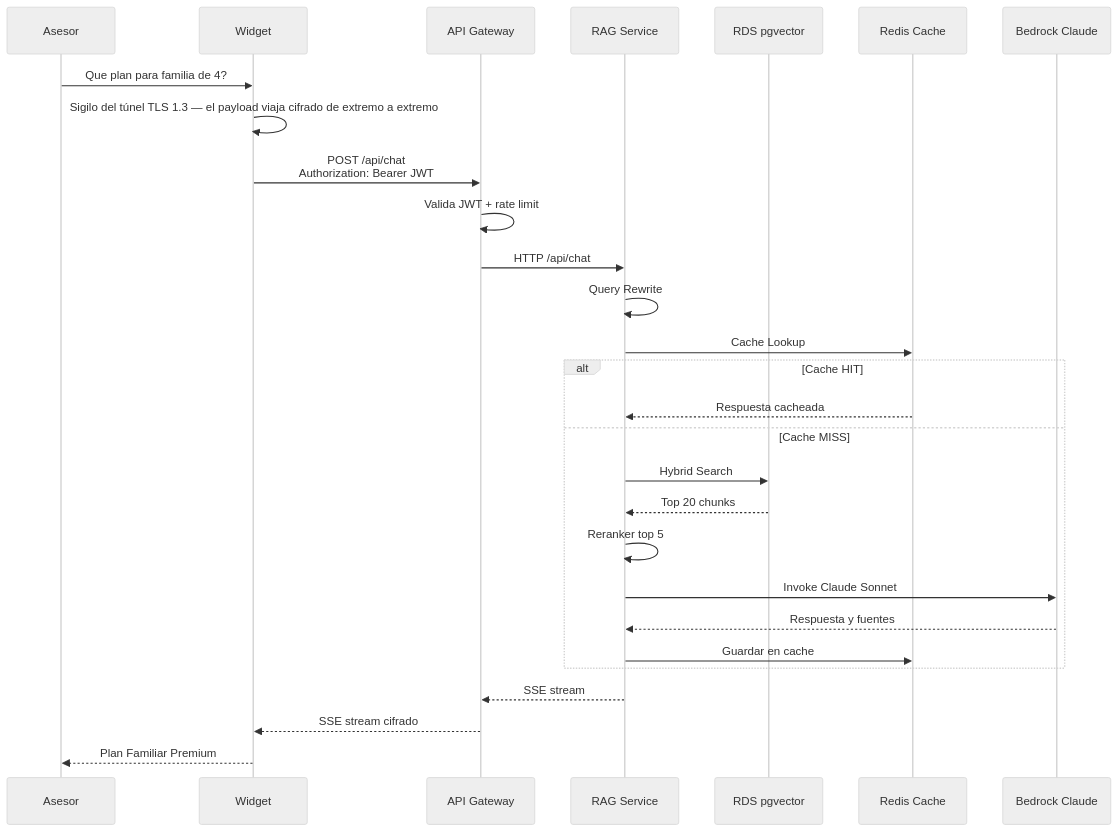
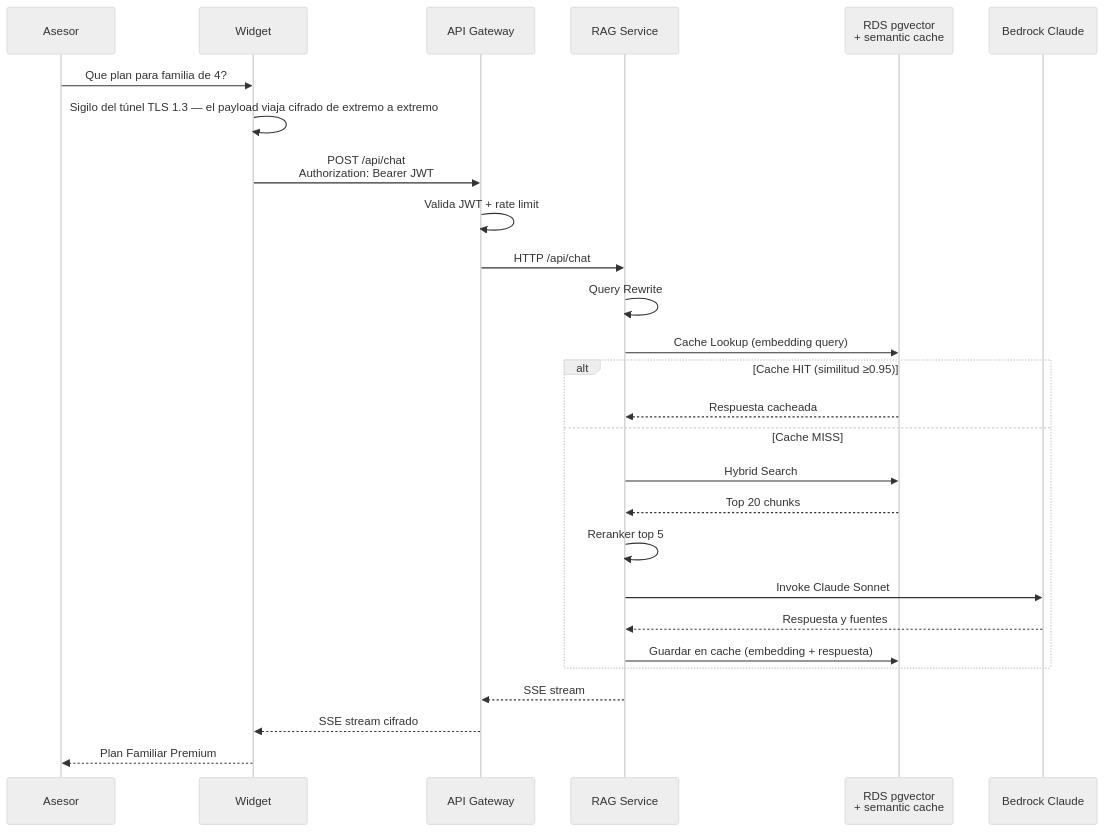
Before and after one commit to johnruedal96/capillas: the second of 9 diagrams in docs/propuesta_tecnologica.md, drawn with Mermaid (neutral theme). The commit also changed other lines of this file, not shown here.

Commit message:
add semantic cache

````diff
--- a/docs/propuesta_tecnologica.md
+++ b/docs/propuesta_tecnologica.md
@@ -123,31 +121,30 @@
 ```mermaid
 sequenceDiagram
     participant A as Asesor
     participant W as Widget
     participant GW as API Gateway
     participant R as RAG Service
-    participant V as RDS pgvector
-    participant C as Redis Cache
+    participant V as RDS pgvector<br/>+ semantic cache
     participant L as Bedrock Claude
 
     A->>W: Que plan para familia de 4?
     W->>W: Sigilo del túnel TLS 1.3 — el payload viaja cifrado de extremo a extremo
     W->>GW: POST /api/chat<br/>Authorization: Bearer JWT
     GW->>GW: Valida JWT + rate limit
     GW->>R: HTTP /api/chat
     R->>R: Query Rewrite
-    R->>C: Cache Lookup
-    alt Cache HIT
-        C-->>R: Respuesta cacheada
+    R->>V: Cache Lookup (embedding query)
+    alt Cache HIT (similitud ≥0.95)
+        V-->>R: Respuesta cacheada
     else Cache MISS
         R->>V: Hybrid Search
         V-->>R: Top 20 chunks
         R->>R: Reranker top 5
         R->>L: Invoke Claude Sonnet
         L-->>R: Respuesta y fuentes
-        R->>C: Guardar en cache
+        R->>V: Guardar en cache (embedding + respuesta)
     end
     R-->>GW: SSE stream
     GW-->>W: SSE stream cifrado
     W-->>A: Plan Familiar Premium
 ```
````
